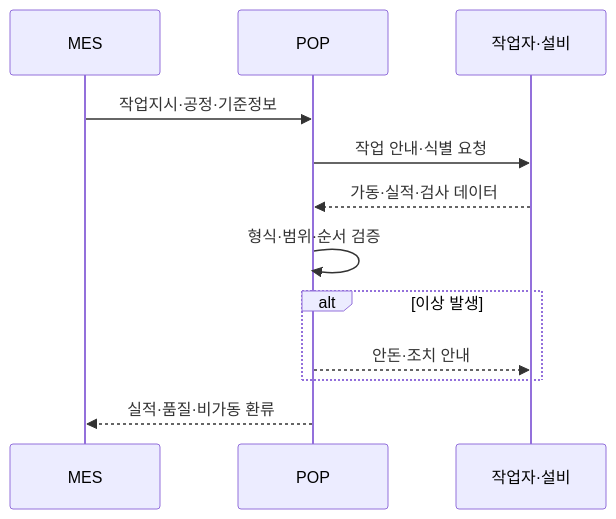
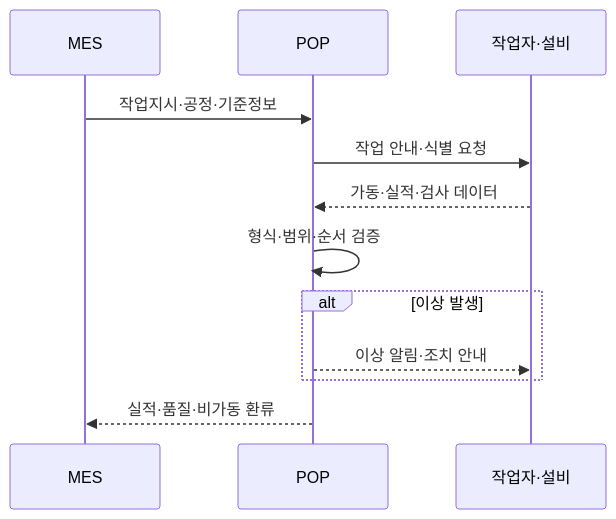
The first of 4 diagrams in src/content/docs/notes/itpe/01-it-strategy/038_pop.md (agnusdei1207/study), drawn with Mermaid before and after one commit. The commit also changed other lines of this file and 19 other files, not shown here.

````diff
--- a/src/content/docs/notes/itpe/01-it-strategy/038_pop.md
+++ b/src/content/docs/notes/itpe/01-it-strategy/038_pop.md
@@ -54,14 +48,14 @@
 ```mermaid
 sequenceDiagram
     participant M as MES
     participant P as POP
     participant O as 작업자·설비
     M->>P: 작업지시·공정·기준정보
     P->>O: 작업 안내·식별 요청
     O-->>P: 가동·실적·검사 데이터
     P->>P: 형식·범위·순서 검증
     alt 이상 발생
-        P-->>O: 안돈·조치 안내
+        P-->>O: 이상 알림·조치 안내
     end
     P-->>M: 실적·품질·비가동 환류
 ```
````
